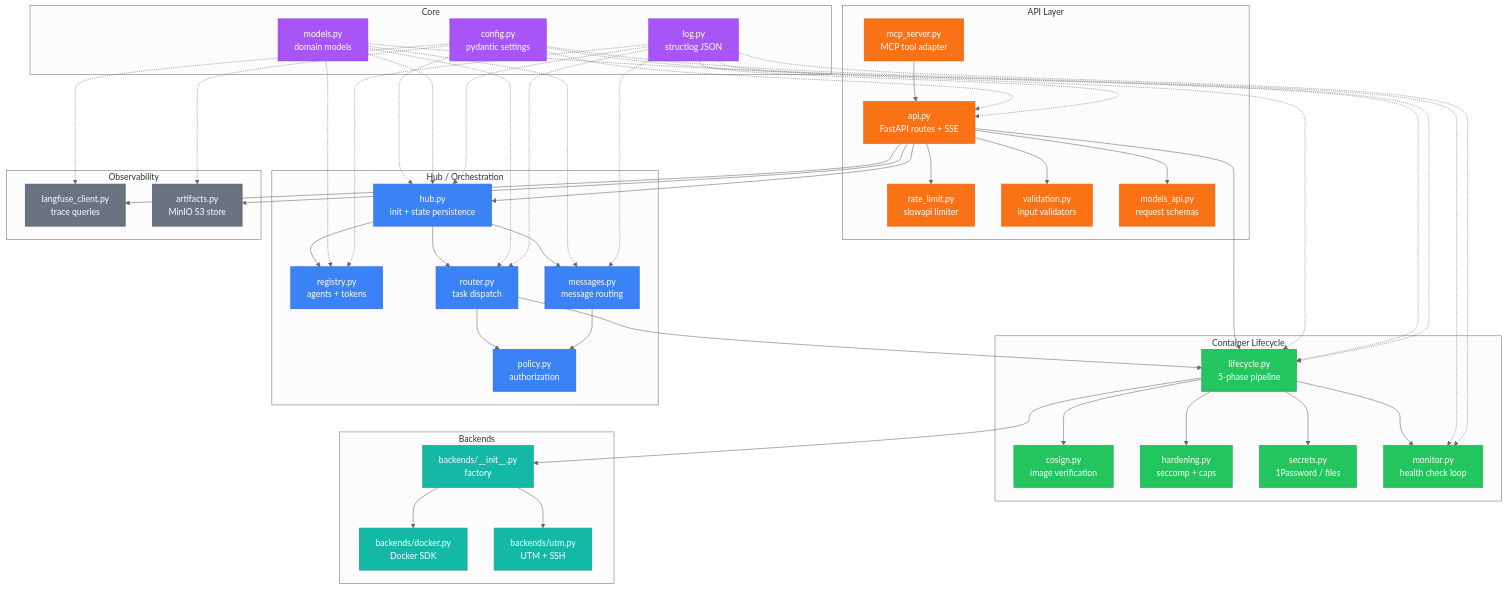
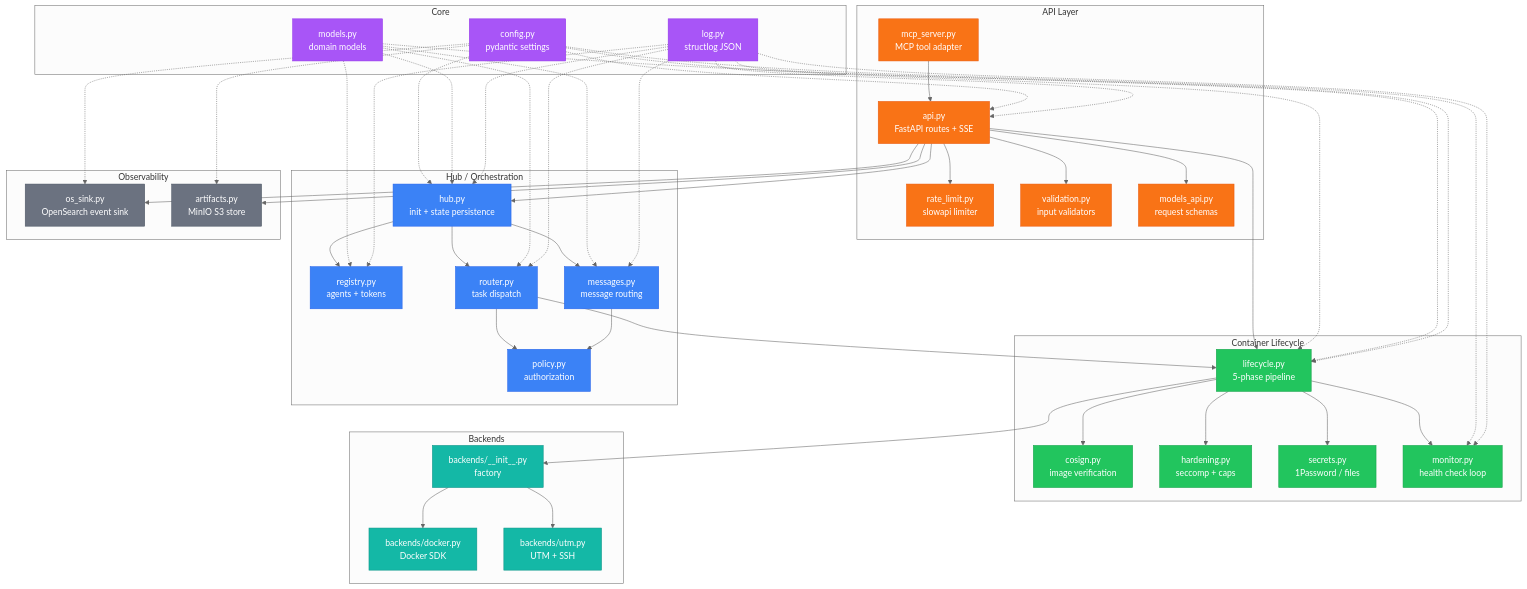
The first of 2 diagrams in docs/brainbox/README.md (neverprepared/phantom-ink), drawn with Mermaid (neutral theme) before and after one commit. The commit also changed other lines of this file and 239 other files, not shown here.

````diff
--- a/docs/brainbox/README.md
+++ b/docs/brainbox/README.md
@@ -46,7 +46,7 @@
     end
 
     subgraph Observability["Observability"]
-        lf[langfuse_client.py<br/>trace queries]
+        os[os_sink.py<br/>OpenSearch event sink]
         art[artifacts.py<br/>MinIO S3 store]
     end
 
@@ -58,7 +58,7 @@
 
     api --> lc
     api --> hub
-    api --> lf
+    api --> os
     api --> art
     api --> rate
     api --> val
@@ -78,7 +78,7 @@
     msg --> pol
     router --> lc
 
-    cfg -.-> api & lc & hub & lf & art & mon
+    cfg -.-> api & lc & hub & os & art & mon
     models -.-> lc & hub & router & reg & msg
     logmod -.-> api & lc & hub & router & reg & msg & mon
 
@@ -92,7 +92,7 @@
     class api,mcp,rate,val,models_api apiStyle
     class lc,cosign,hard,secrets,mon lcStyle
     class hub,reg,router,msg,pol hubStyle
-    class lf,art obsStyle
+    class os,art obsStyle
     class cfg,models,logmod coreStyle
     class be_init,docker_be,utm_be beStyle
 ```
````
